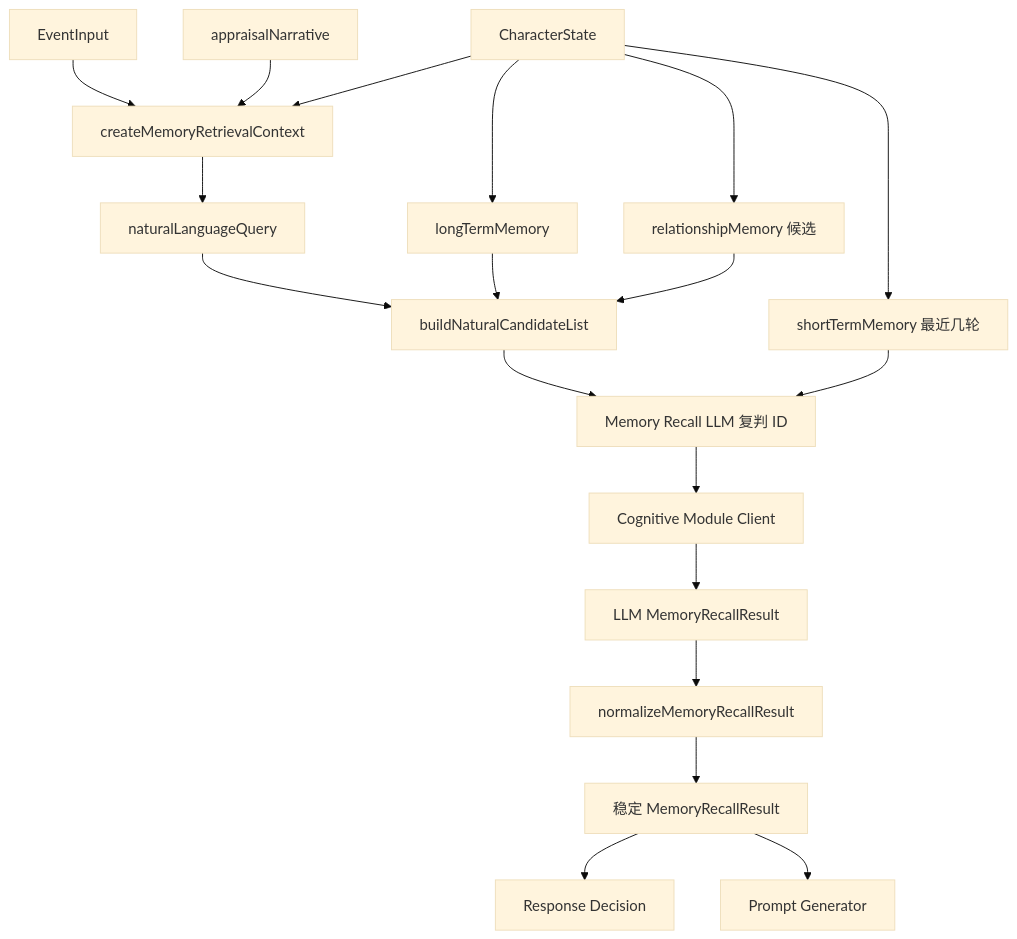
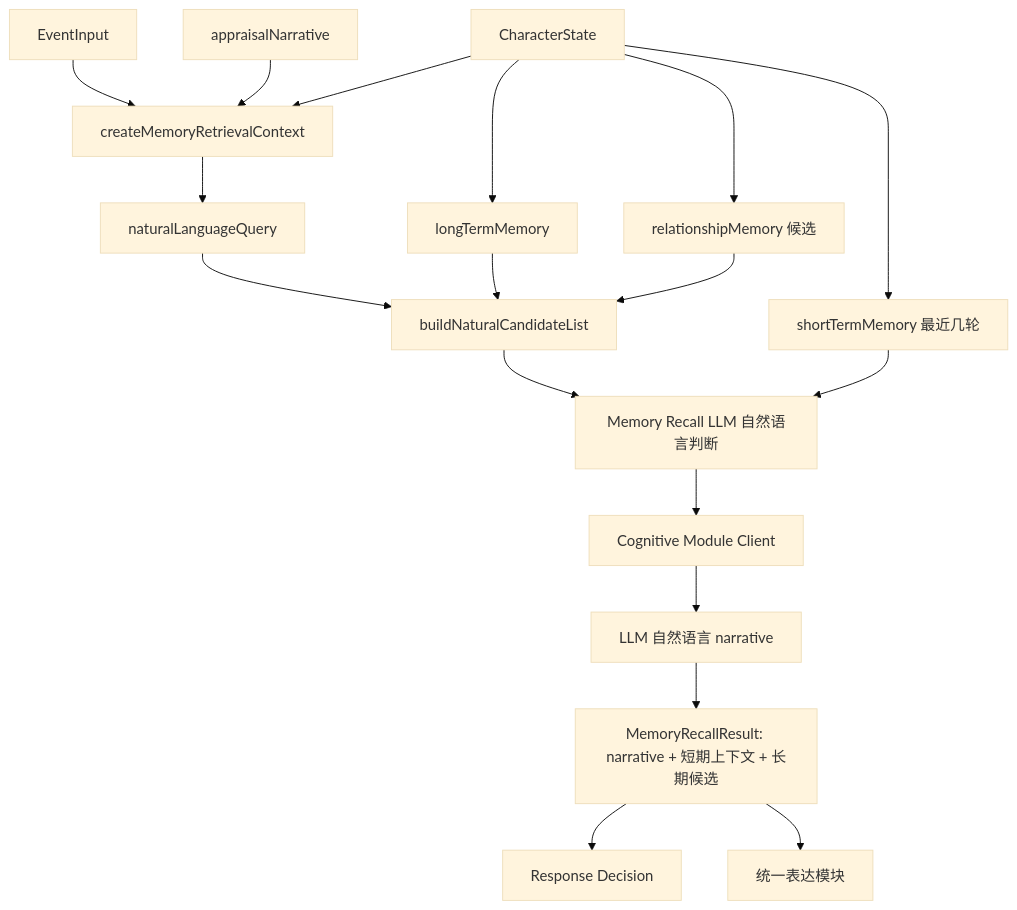
Diagram 17 of 31 in docs/SYSTEM_FLOW.md (ttmanthatman/virtual-human-flow), drawn with Mermaid (base theme) before and after one commit. The commit also changed other lines of this file and 23 other files, not shown here.

````diff
--- a/docs/SYSTEM_FLOW.md
+++ b/docs/SYSTEM_FLOW.md
@@ -456,21 +449,20 @@
 ```mermaid
 flowchart TD
     E["EventInput"] --> CTX["createMemoryRetrievalContext"]
     A["appraisalNarrative"] --> CTX
     S["CharacterState"] --> CTX
     CTX --> QUERY["naturalLanguageQuery"]
     S --> LTM["longTermMemory"]
     QUERY --> LIST["buildNaturalCandidateList"]
     LTM --> LIST
     S --> REL["relationshipMemory 候选"]
     REL --> LIST
-    LIST --> PROMPT["Memory Recall LLM 复判 ID"]
+    LIST --> PROMPT["Memory Recall LLM 自然语言判断"]
     S --> STM["shortTermMemory 最近几轮"]
     STM --> PROMPT
     PROMPT --> CLIENT["Cognitive Module Client"]
-    CLIENT --> RAW["LLM MemoryRecallResult"]
-    RAW --> NORM["normalizeMemoryRecallResult"]
-    NORM --> OUT["稳定 MemoryRecallResult"]
+    CLIENT --> RAW["LLM 自然语言 narrative"]
+    RAW --> OUT["MemoryRecallResult: narrative + 短期上下文 + 长期候选"]
     OUT --> DECISION["Response Decision"]
-    OUT --> PROMPTGEN["Prompt Generator"]
+    OUT --> EXPR["统一表达模块"]
 ```
````
